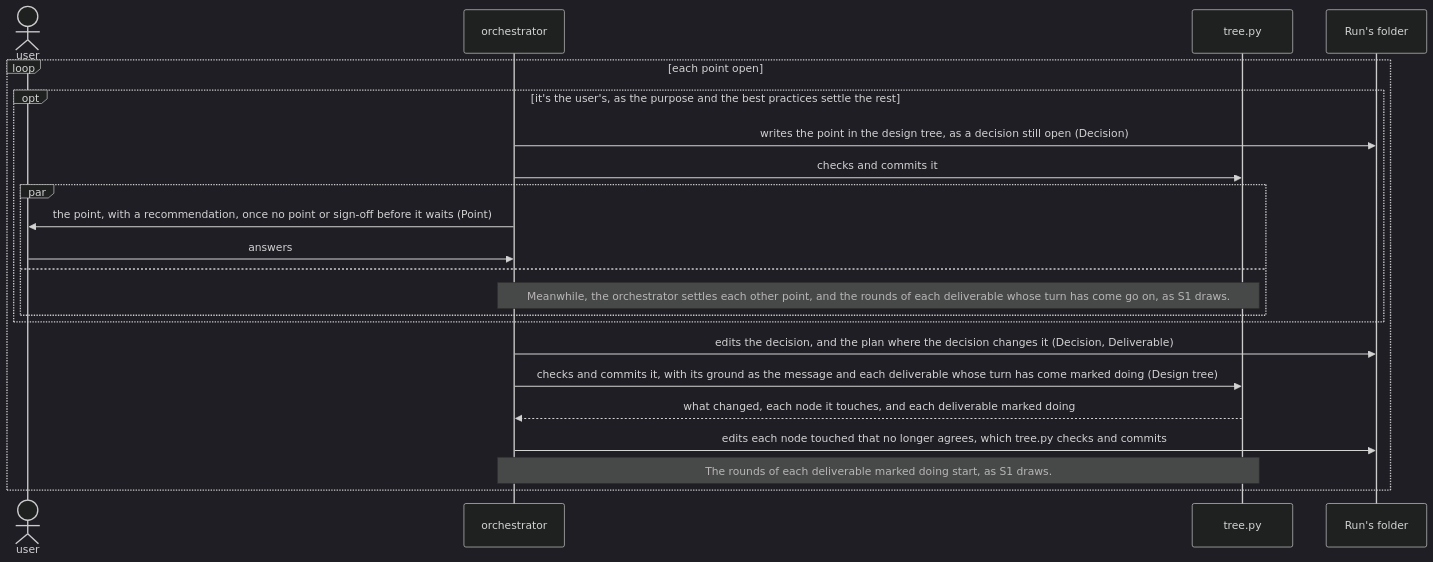
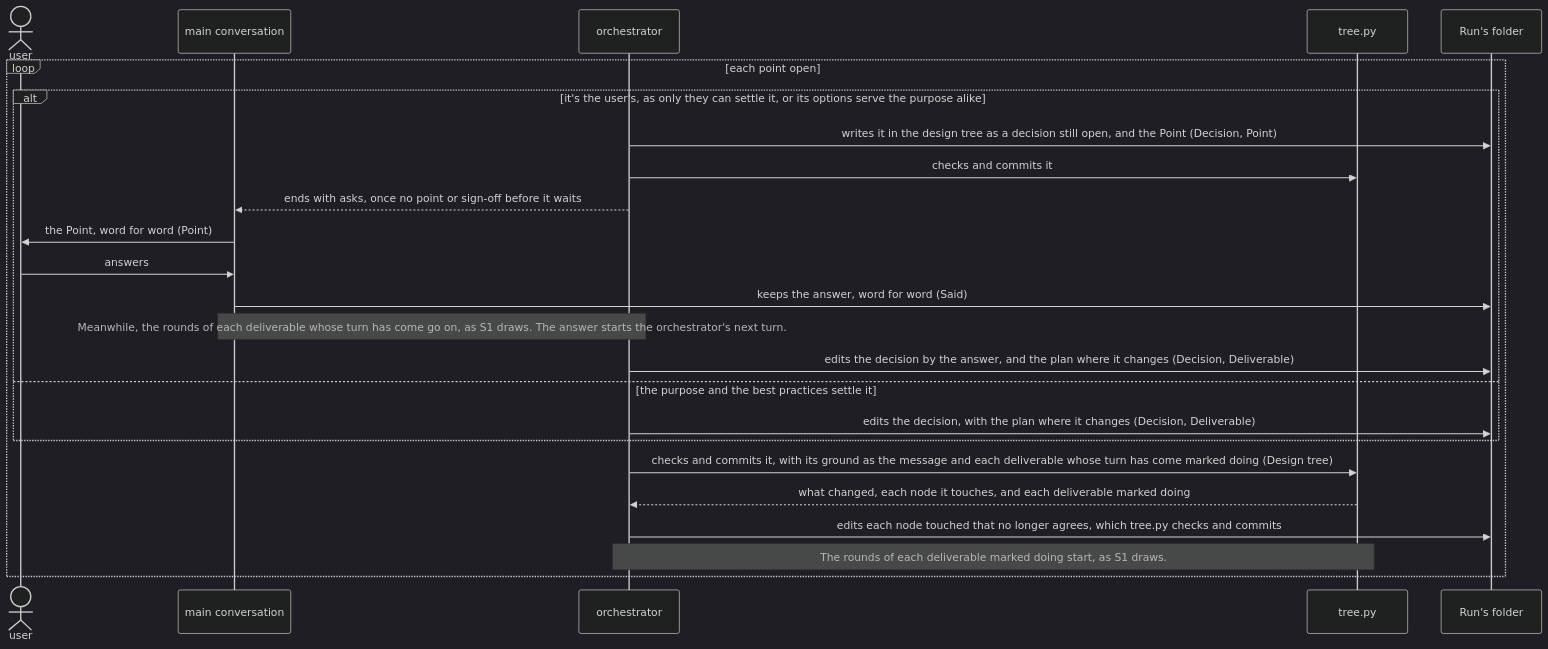
One commit to lovaizu/ccpm changed the second of 6 diagrams in dev/rn/architecture.md. Above: the diagram before and after it, drawn with Mermaid (dark theme). The commit also changed other lines of this file and 4 other files, not shown here.

````diff
--- a/dev/rn/architecture.md
+++ b/dev/rn/architecture.md
@@ -268,24 +266,26 @@
 ```mermaid
 sequenceDiagram
   actor U as user
+  participant M as main conversation
   participant O as orchestrator
   participant T as tree.py
   participant F as Run's folder
   loop each point open
-    opt it's the user's, as the purpose and the best practices settle the rest
-      O->>F: writes the point in the design tree, as a decision still open (Decision)
+    alt it's the user's, as only they can settle it, or its options serve the purpose alike
+      O->>F: writes it in the design tree as a decision still open, and the Point (Decision, Point)
       O->>T: checks and commits it
-      par
-        O->>U: the point, with a recommendation, once no point or sign-off before it waits (Point)
-        U->>O: answers
-      and
-        Note over O,T: Meanwhile, the orchestrator settles each other point, and the rounds of each deliverable whose turn has come go on, as S1 draws.
-      end
+      O-->>M: ends with asks, once no point or sign-off before it waits
+      M->>U: the Point, word for word (Point)
+      U->>M: answers
+      M->>F: keeps the answer, word for word (Said)
+      Note over M,O: Meanwhile, the rounds of each deliverable whose turn has come go on, as S1 draws. The answer starts the orchestrator's next turn.
+      O->>F: edits the decision by the answer, and the plan where it changes (Decision, Deliverable)
+    else the purpose and the best practices settle it
+      O->>F: edits the decision, with the plan where it changes (Decision, Deliverable)
     end
-    O->>F: edits the decision, and the plan where the decision changes it (Decision, Deliverable)
     O->>T: checks and commits it, with its ground as the message and each deliverable whose turn has come marked doing (Design tree)
     T-->>O: what changed, each node it touches, and each deliverable marked doing
     O->>F: edits each node touched that no longer agrees, which tree.py checks and commits
     Note over O,T: The rounds of each deliverable marked doing start, as S1 draws.
   end
 ```
````
